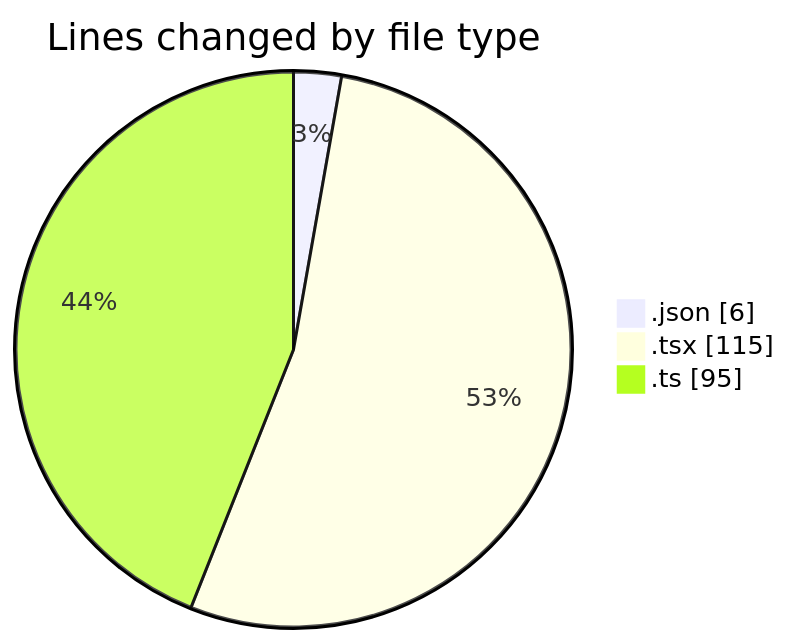
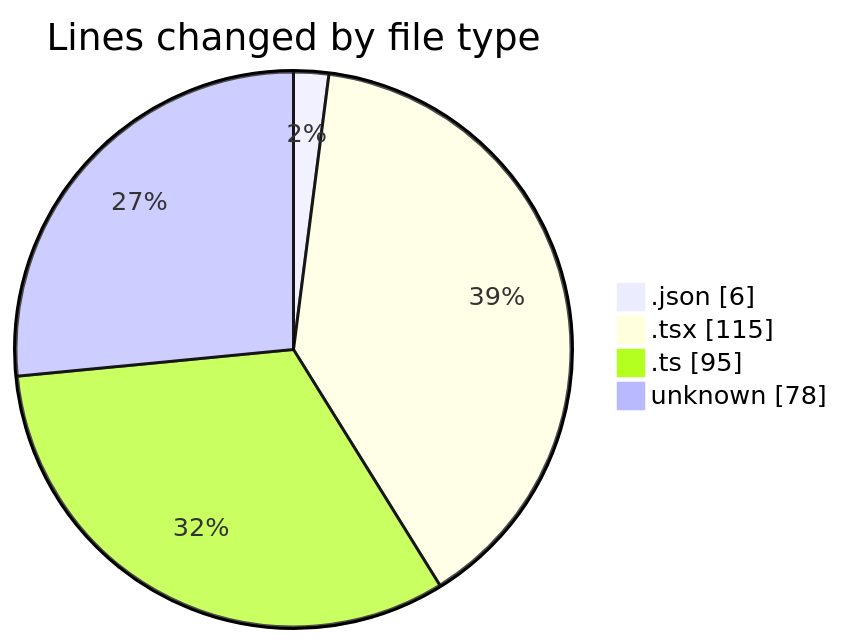
Before and after one commit to julien-gomy/code-tracking: the first of 2 diagrams in 2025-10-29/eventscop-frontend-guide__workspace_/README.md, drawn with Mermaid. The commit also changed other lines of this file and 1 other file, not shown here.

````diff
--- a/2025-10-29/eventscop-frontend-guide__workspace_/README.md
+++ b/2025-10-29/eventscop-frontend-guide__workspace_/README.md
@@ -28,7 +29,8 @@
 ```mermaid
 pie showData
 title Lines changed by file type
 ".json" : 6
 ".tsx" : 115
 ".ts" : 95
+"unknown" : 78
 ```
````
